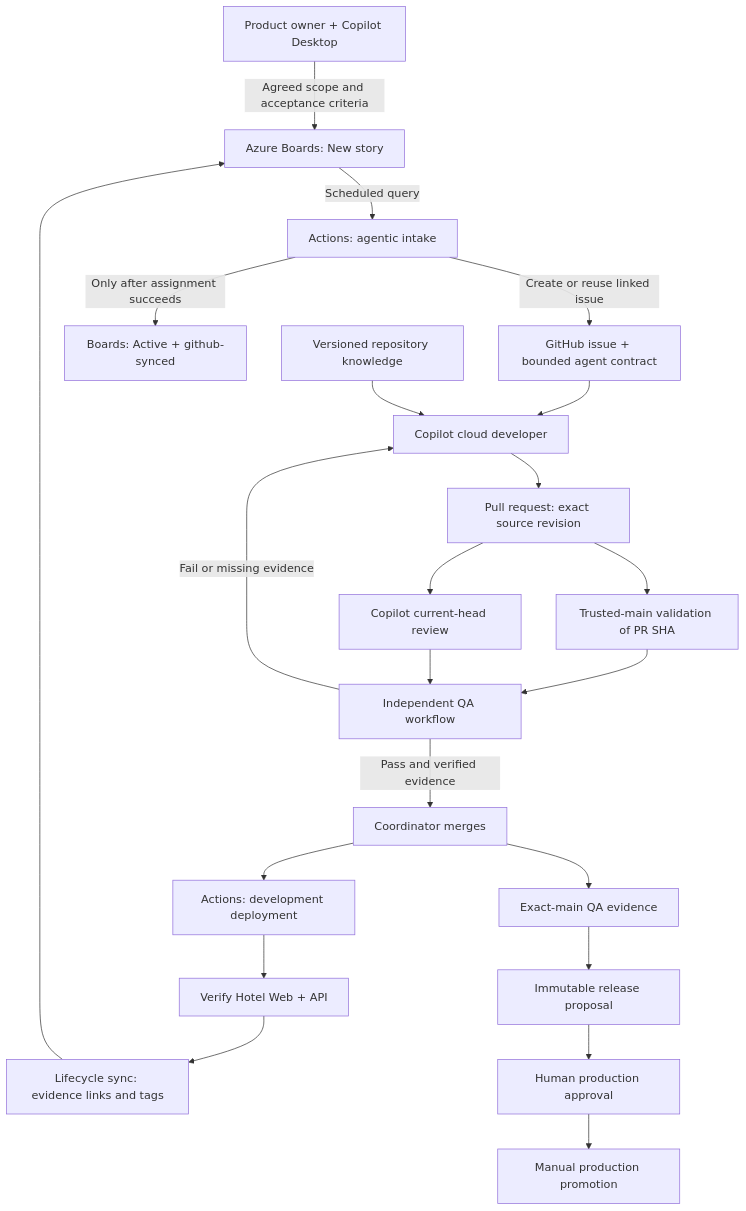
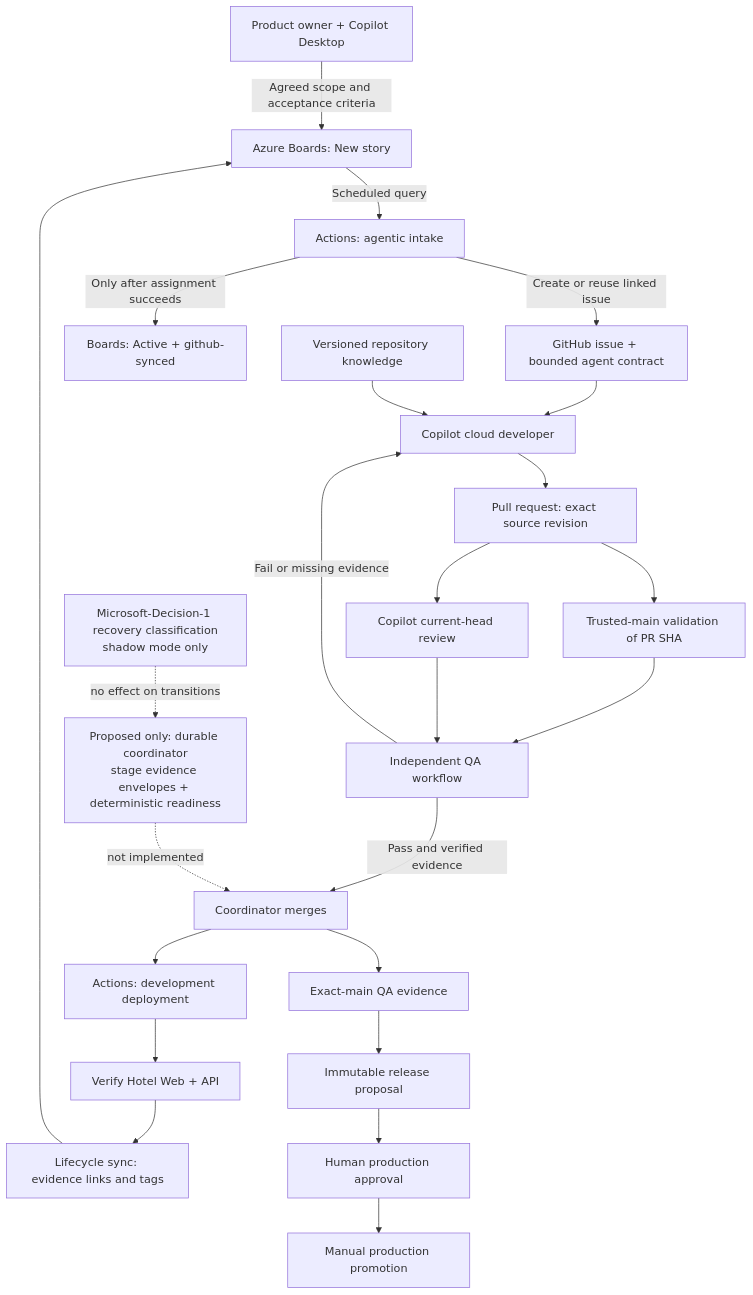
The first of 3 diagrams in docs/development-pipeline/AZURE-SERVICES-AND-HARNESS.md (cihanduruer/agentic-development), drawn with Mermaid before and after one commit. The commit also changed other lines of this file and 22 other files, not shown here.

````diff
--- a/docs/development-pipeline/AZURE-SERVICES-AND-HARNESS.md
+++ b/docs/development-pipeline/AZURE-SERVICES-AND-HARNESS.md
@@ -48,24 +48,26 @@
 ```mermaid
 flowchart TD
     PO["Product owner + Copilot Desktop"] -->|Agreed scope and acceptance criteria| AB["Azure Boards: New story"]
     AB -->|Scheduled query| IN["Actions: agentic intake"]
     IN -->|Create or reuse linked issue| ISSUE["GitHub issue + bounded agent contract"]
     IN -->|Only after assignment succeeds| ACTIVE["Boards: Active + github-synced"]
     ISSUE --> DEV["Copilot cloud developer"]
     K["Versioned repository knowledge"] --> DEV
     DEV --> PR["Pull request: exact source revision"]
     PR --> VALID["Trusted-main validation of PR SHA"]
     PR --> REVIEW["Copilot current-head review"]
     VALID --> QA["Independent QA workflow"]
     REVIEW --> QA
     QA -->|Pass and verified evidence| MERGE["Coordinator merges"]
     QA -->|Fail or missing evidence| DEV
     MERGE --> DEPLOY["Actions: development deployment"]
     DEPLOY --> LIVE["Verify Hotel Web + API"]
     LIVE --> SYNC["Lifecycle sync: evidence links and tags"]
     SYNC --> AB
     MERGE --> MAINQA["Exact-main QA evidence"]
     MAINQA --> PACKAGE["Immutable release proposal"]
     PACKAGE --> HUMAN["Human production approval"]
     HUMAN --> PROD["Manual production promotion"]
+    PROPOSAL["Proposed only: durable coordinator<br/>stage evidence envelopes + deterministic readiness"] -. "not implemented" .-> MERGE
+    SHADOW["Microsoft-Decision-1 recovery classification<br/>shadow mode only"] -. "no effect on transitions" .-> PROPOSAL
 ```
````
